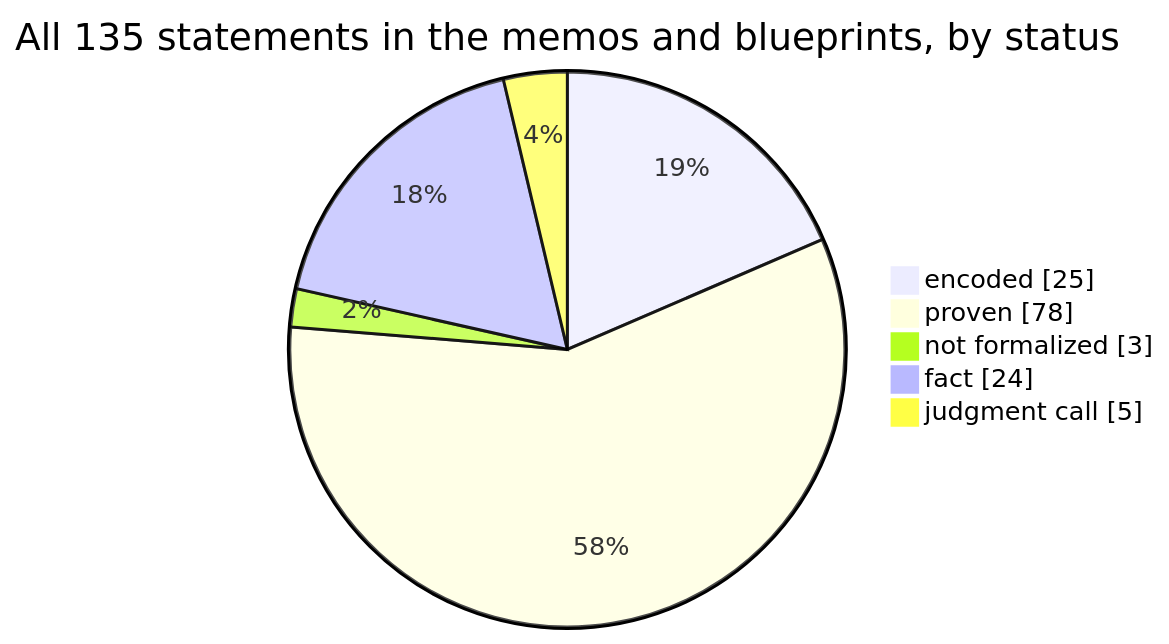
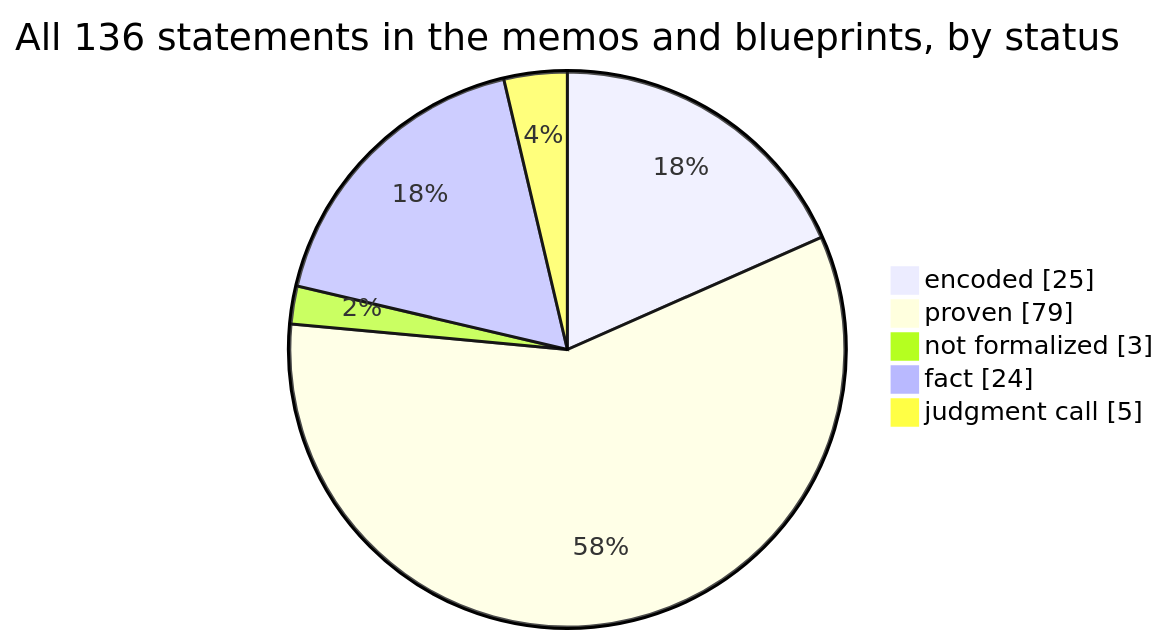
The first of 4 diagrams in docs/graphs/dashboard.md (SeanWMurray/Canteen), drawn with Mermaid before and after one commit. The commit also changed other lines of this file and 15 other files, not shown here.

````diff
--- a/docs/graphs/dashboard.md
+++ b/docs/graphs/dashboard.md
@@ -11,8 +11,8 @@
 ```mermaid
-pie showData title All 135 statements in the memos and blueprints, by status
+pie showData title All 136 statements in the memos and blueprints, by status
     "encoded" : 25
-    "proven" : 78
+    "proven" : 79
     "not formalized" : 3
     "fact" : 24
     "judgment call" : 5
 ```
````
